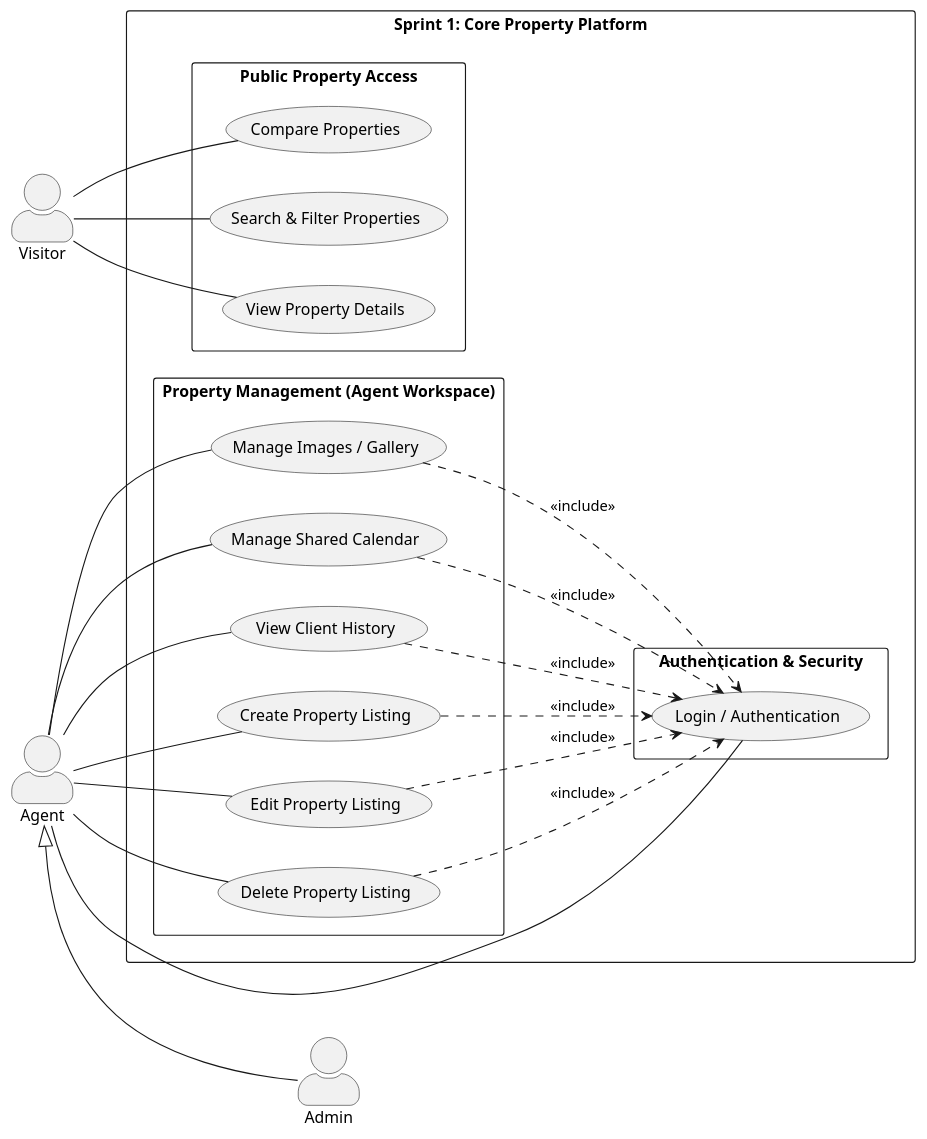
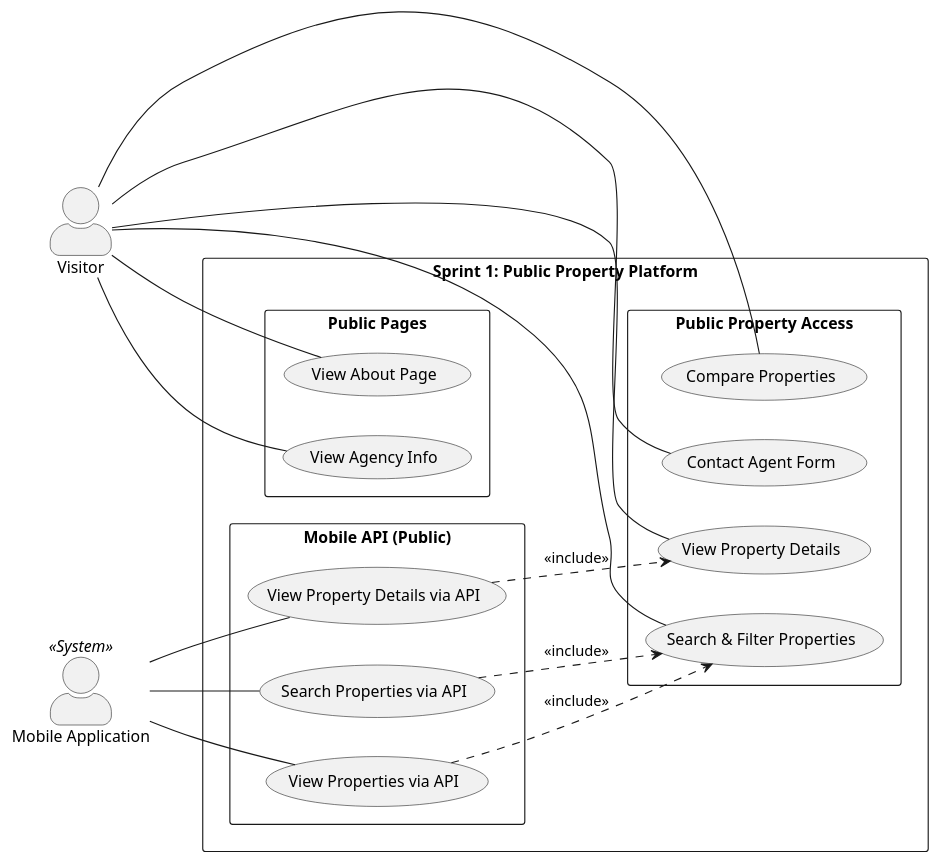
Before and after one commit to AZIZ-Soufiane/PropertyHub-PFE: the diagram in UseCase/Sprint1_UseCase.puml, drawn with PlantUML. The commit also changed 6 other files, not shown here.

```diff
--- a/UseCase/Sprint1_UseCase.puml
+++ b/UseCase/Sprint1_UseCase.puml
@@ -1,60 +1,47 @@
 @startuml
 left to right direction
 skinparam packageStyle rectangle
 skinparam shadowing false
 skinparam actorStyle awesome
 
-' Actors
 actor "Visitor" as Visitor
-actor "Agent" as Agent
-actor "Admin" as Admin
+actor "Mobile Application" as MobileApp <<System>>
 
-' Hierarchy
-Agent <|-- Admin
-
-rectangle "Sprint 1: Core Property Platform" {
-
-  package "Authentication & Security" {
-      usecase "Login / Authentication" as Login
-  }
+rectangle "Sprint 1: Public Property Platform" {
 
   package "Public Property Access" {
       usecase "Search & Filter Properties" as Search
       usecase "View Property Details" as Details
       usecase "Compare Properties" as Compare
+      usecase "Contact Agent Form" as ContactAgent
   }
 
-  package "Property Management (Agent Workspace)" {
-      usecase "Create Property Listing" as CreateListing
-      usecase "Edit Property Listing" as EditListing
-      usecase "Delete Property Listing" as DeleteListing
-      usecase "Manage Images / Gallery" as Gallery
-      usecase "Manage Shared Calendar" as Calendar
-      usecase "View Client History" as ClientHistory
+  package "Public Pages" {
+      usecase "View About Page" as AboutPage
+      usecase "View Agency Info" as AgencyInfo
+  }
+
+  package "Mobile API (Public)" {
+      usecase "View Properties via API" as APIView
+      usecase "Search Properties via API" as APISearch
+      usecase "View Property Details via API" as APIDetails
   }
 
 }
 
-' Visitor actions
 Visitor -- Search
 Visitor -- Details
 Visitor -- Compare
+Visitor -- ContactAgent
+Visitor -- AboutPage
+Visitor -- AgencyInfo
 
-' Agent actions
-Agent -- Login
-Agent -- CreateListing
-Agent -- EditListing
-Agent -- DeleteListing
-Agent -- Gallery
-Agent -- Calendar
-Agent -- ClientHistory
+MobileApp -- APIView
+MobileApp -- APISearch
+MobileApp -- APIDetails
 
-' Security includes
-CreateListing ..> Login : <<include>>
-EditListing ..> Login : <<include>>
-DeleteListing ..> Login : <<include>>
-Gallery ..> Login : <<include>>
-Calendar ..> Login : <<include>>
-ClientHistory ..> Login : <<include>>
+APIView ..> Search : <<include>>
+APISearch ..> Search : <<include>>
+APIDetails ..> Details : <<include>>
 
 @enduml
```
